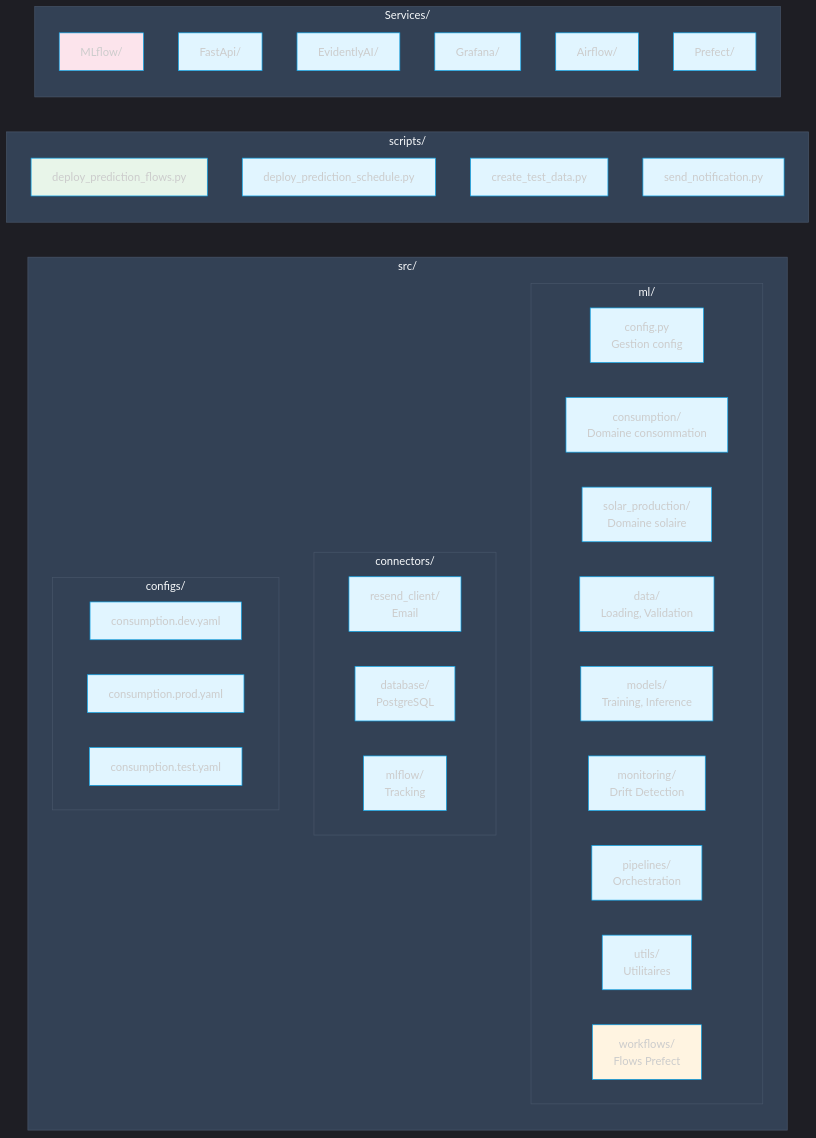
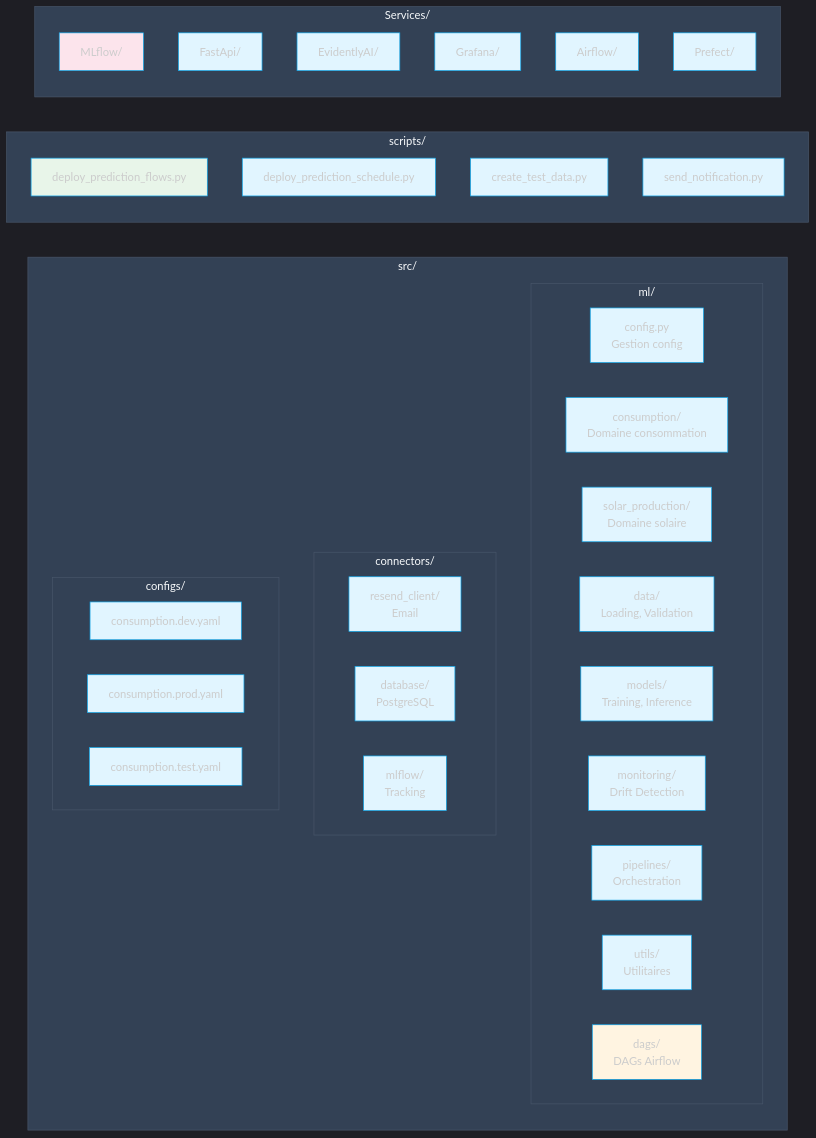
The fourth of 10 diagrams in Services/docsify/docs/architecture-globale.md (jinsudai/jinsudai), drawn with Mermaid before and after one commit. The commit also changed other lines of this file and 9 other files, not shown here.

````diff
--- a/Services/docsify/docs/architecture-globale.md
+++ b/Services/docsify/docs/architecture-globale.md
@@ -163,50 +154,50 @@
 ```mermaid
 %%{init: {'theme': 'dark', 'themeVariables': {'primaryColor': '#e1f5ff', 'primaryTextColor': '#1e293b', 'primaryBorderColor': '#0ea5e9', 'lineColor': '#64748b', 'secondaryColor': '#fff4e1', 'tertiaryColor': '#fce4ec', 'background': '#1e293b', 'mainBkg': '#e1f5ff', 'nodeBorder': '#0ea5e9', 'clusterBkg': '#334155', 'clusterBorder': '#475569', 'titleColor': '#f8fafc', 'edgeLabelBackground': '#1e293b'}}}%%
 graph LR
     subgraph "src/"
         subgraph "ml/"
             M1[config.py<br/>Gestion config]
             M2[consumption/<br/>Domaine consommation]
             M3[solar_production/<br/>Domaine solaire]
             M4[data/<br/>Loading, Validation]
             M5[models/<br/>Training, Inference]
             M6[monitoring/<br/>Drift Detection]
             M7[pipelines/<br/>Orchestration]
             M8[utils/<br/>Utilitaires]
-            M9[workflows/<br/>Flows Prefect]
+            M9[dags/<br/>DAGs Airflow]
         end
         
         subgraph "connectors/"
             C1[resend_client/<br/>Email]
             C2[database/<br/>PostgreSQL]
             C3[mlflow/<br/>Tracking]
         end
         
         subgraph "configs/"
             CFG1[consumption.dev.yaml]
             CFG2[consumption.prod.yaml]
             CFG3[consumption.test.yaml]
         end
     end
     
     subgraph "scripts/"
         S1[deploy_prediction_flows.py]
         S2[deploy_prediction_schedule.py]
         S3[create_test_data.py]
         S4[send_notification.py]
     end
     
     subgraph "Services/"
         SVC1[MLflow/]
         SVC2[FastApi/]
         SVC3[EvidentlyAI/]
         SVC4[Grafana/]
         SVC5[Airflow/]
         SVC6[Prefect/]
     end
     
     style M1 fill:#e1f5ff
     style M9 fill:#fff4e1
     style S1 fill:#e8f5e9
     style SVC1 fill:#fce4ec
 ```
````
